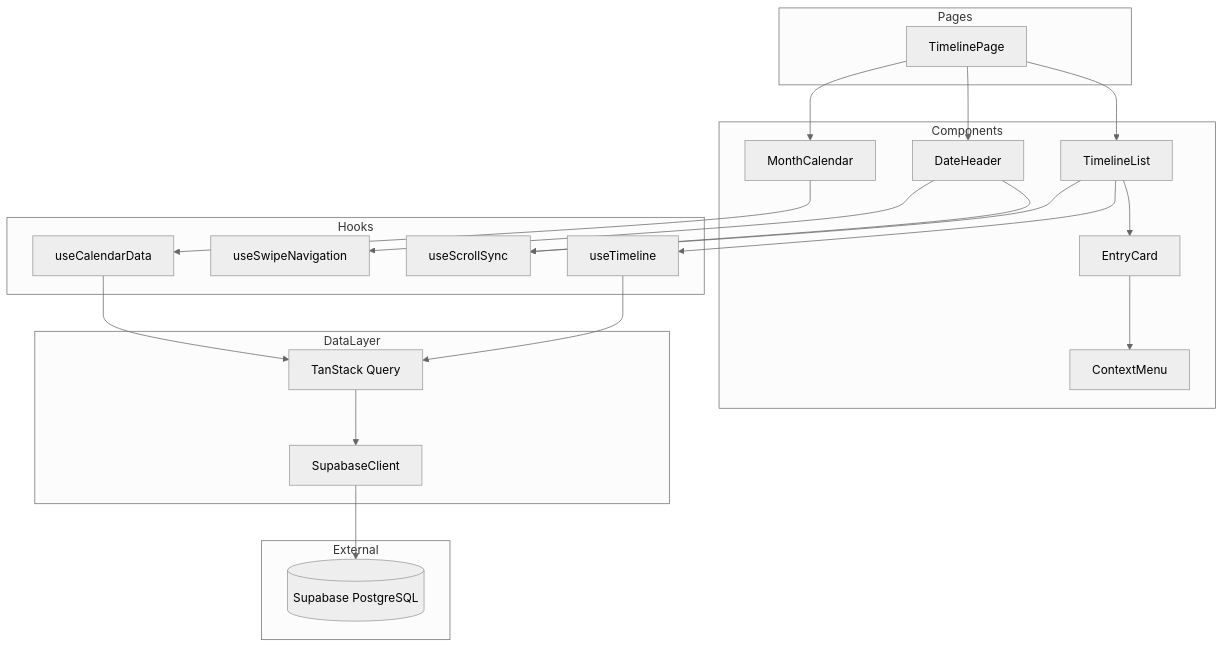
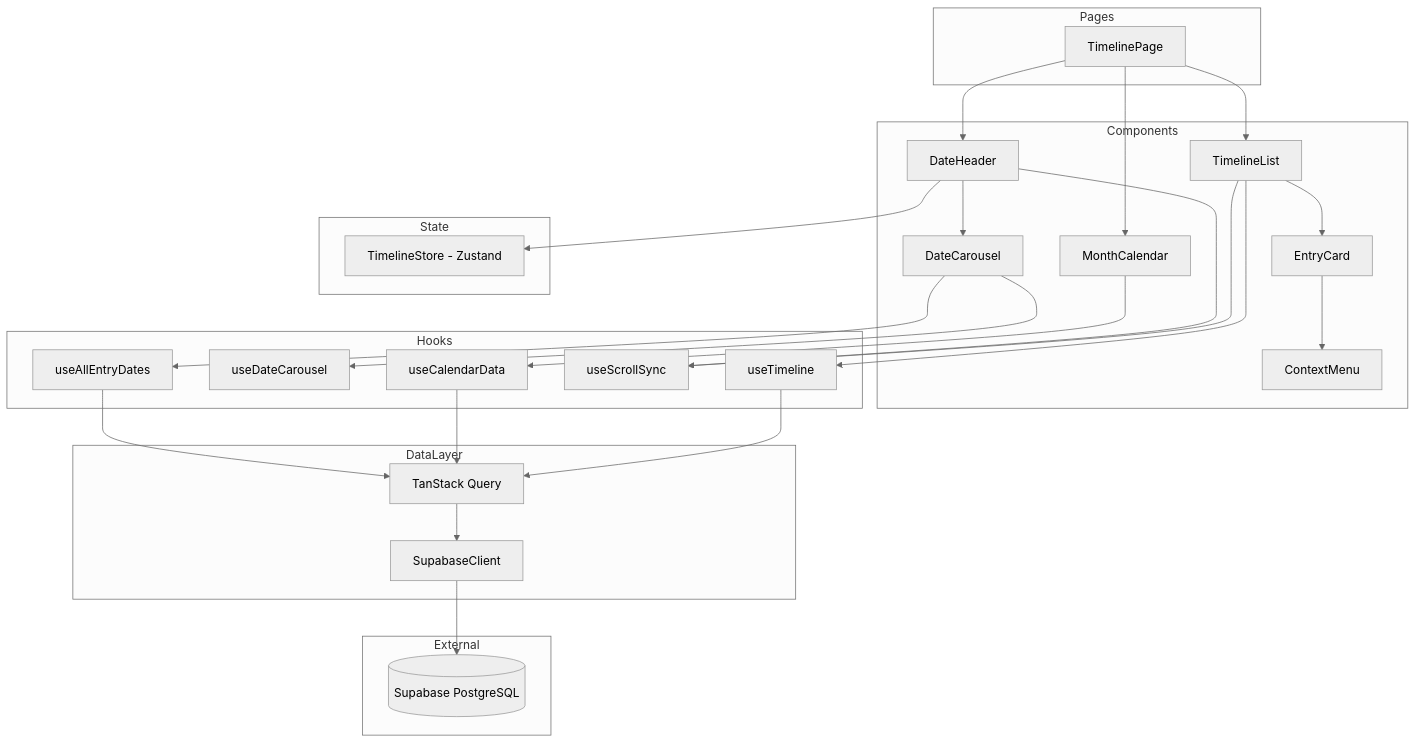
One commit to Takeaki0817/hibioru changed the first of 5 diagrams in .kiro/specs/timeline/design.md. Above: the diagram before and after it, drawn with Mermaid (neutral theme). The commit also changed other lines of this file and 8 other files, not shown here.

````diff
--- a/.kiro/specs/timeline/design.md
+++ b/.kiro/specs/timeline/design.md
@@ -30,47 +30,57 @@
 ```mermaid
 graph TB
     subgraph Pages
         TimelinePage[TimelinePage]
     end
 
     subgraph Components
         DateHeader[DateHeader]
+        DateCarousel[DateCarousel]
         MonthCalendar[MonthCalendar]
         TimelineList[TimelineList]
         EntryCard[EntryCard]
         ContextMenu[ContextMenu]
     end
 
     subgraph Hooks
         useTimeline[useTimeline]
-        useSwipeNavigation[useSwipeNavigation]
+        useDateCarousel[useDateCarousel]
+        useAllEntryDates[useAllEntryDates]
         useScrollSync[useScrollSync]
         useCalendarData[useCalendarData]
+    end
+
+    subgraph State
+        TimelineStore[TimelineStore - Zustand]
     end
 
     subgraph DataLayer
         SupabaseClient[SupabaseClient]
         TanStackQuery[TanStack Query]
     end
 
     subgraph External
         SupabaseDB[(Supabase PostgreSQL)]
     end
 
     TimelinePage --> DateHeader
     TimelinePage --> MonthCalendar
     TimelinePage --> TimelineList
+    DateHeader --> DateCarousel
     TimelineList --> EntryCard
     EntryCard --> ContextMenu
 
-    DateHeader --> useSwipeNavigation
+    DateCarousel --> useDateCarousel
+    DateCarousel --> useAllEntryDates
     TimelineList --> useTimeline
     TimelineList --> useScrollSync
     MonthCalendar --> useCalendarData
     DateHeader --> useScrollSync
+    DateHeader --> TimelineStore
 
     useTimeline --> TanStackQuery
     useCalendarData --> TanStackQuery
+    useAllEntryDates --> TanStackQuery
     TanStackQuery --> SupabaseClient
     SupabaseClient --> SupabaseDB
 ```
````
